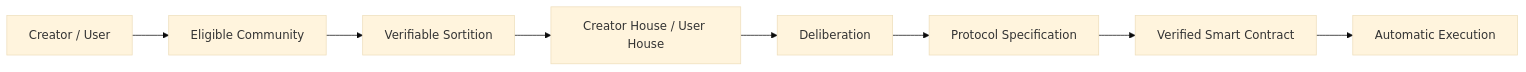
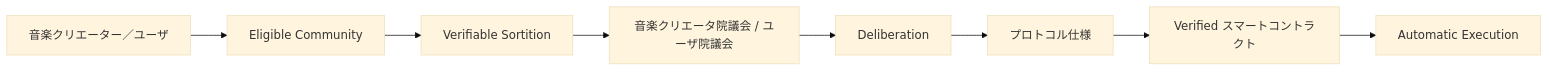
Before and after one commit to ShigeichiroYamasaki/creator-first-platform: the first of 5 diagrams in docs/index.md, drawn with Mermaid (base theme). The commit also changed other lines of this file and 67 other files, not shown here.

````diff
--- a/docs/index.md
+++ b/docs/index.md
@@ -100,13 +100,13 @@
 ```mermaid
 flowchart LR
-    CU[Creator / User]
+    CU[音楽クリエーター／ユーザ]
     ELIGIBLE[Eligible Community]
     SORT[Verifiable Sortition]
-    HOUSE[Creator House / User House]
+    HOUSE[音楽クリエータ院議会 / ユーザ院議会]
     DELIB[Deliberation]
-    SPEC[Protocol Specification]
-    CODE[Verified Smart Contract]
+    SPEC[プロトコル仕様]
+    CODE[Verified スマートコントラクト]
     EXEC[Automatic Execution]
 
     CU --> ELIGIBLE --> SORT --> HOUSE --> DELIB --> SPEC --> CODE --> EXEC
 ```
````
